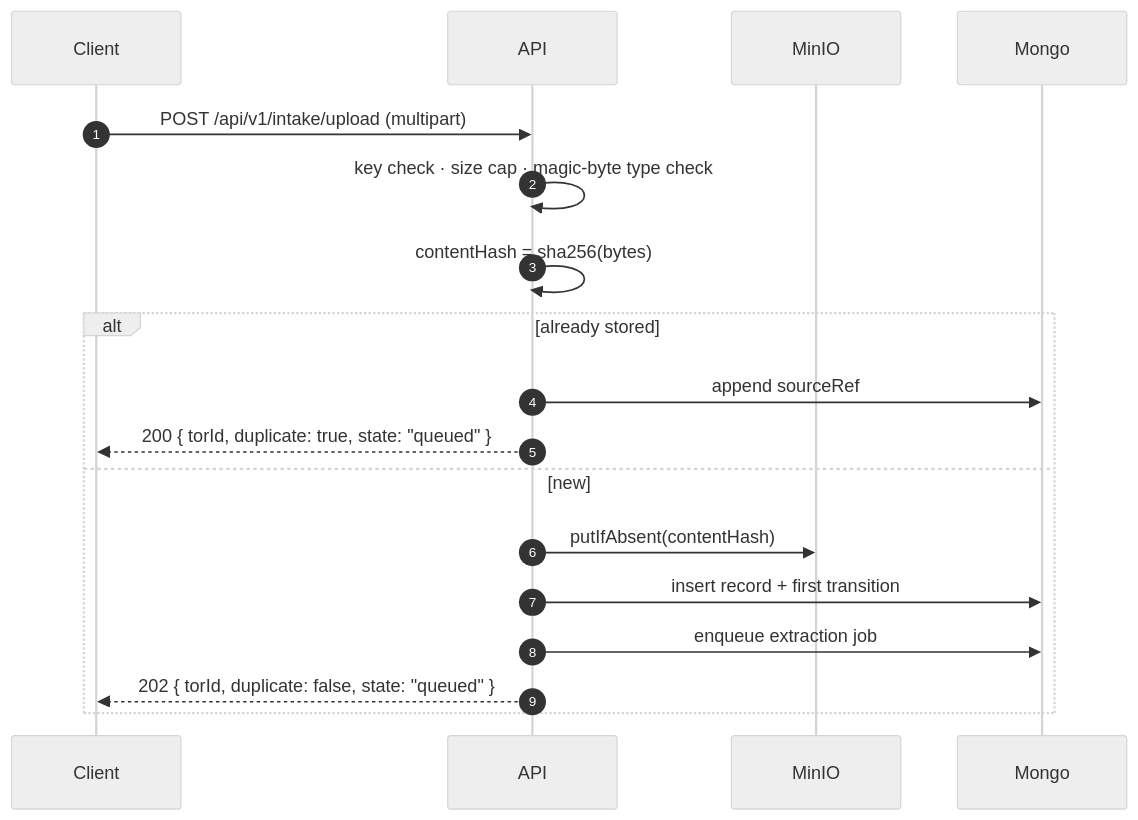
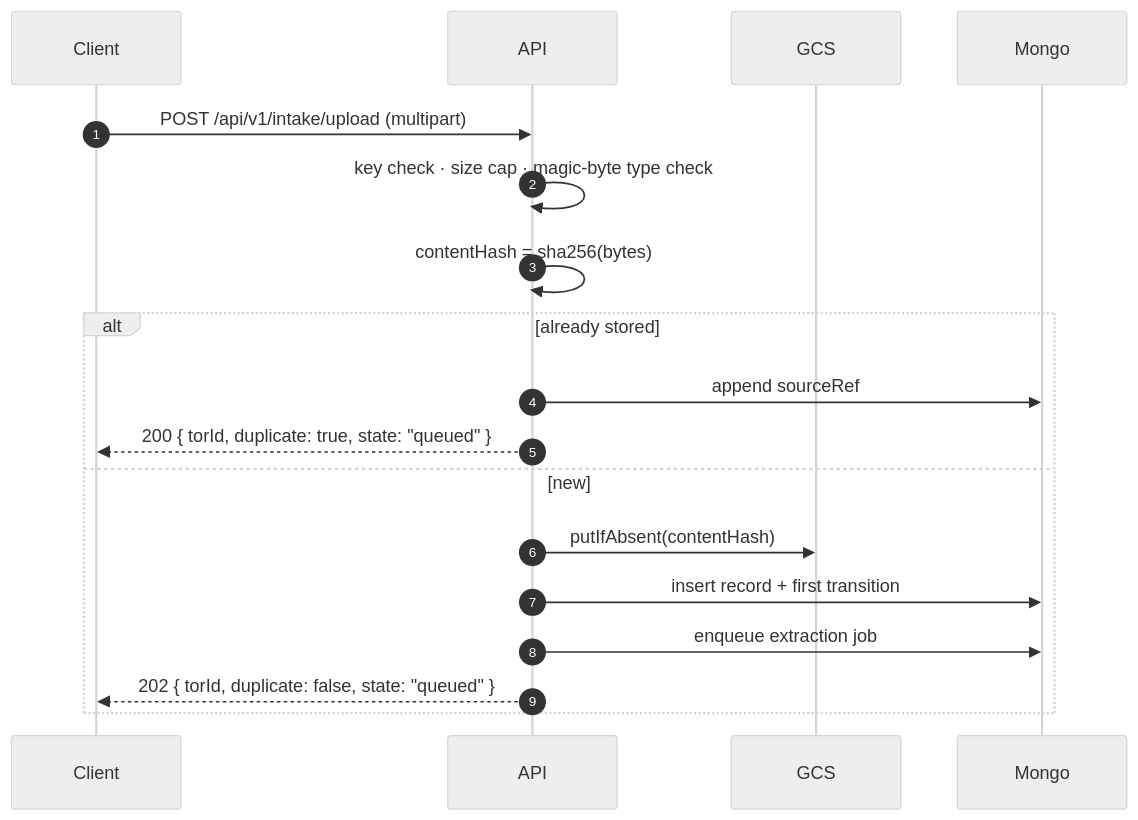
The second of 2 diagrams in docs/API.md (TORMomentum/Momentum), drawn with Mermaid (neutral theme) before and after one commit. The commit also changed other lines of this file and 3 other files, not shown here.

````diff
--- a/docs/API.md
+++ b/docs/API.md
@@ -116,21 +116,21 @@
 ```mermaid
 sequenceDiagram
     autonumber
     participant C as Client
     participant A as API
-    participant S as MinIO
+    participant S as GCS
     participant D as Mongo
 
     C->>A: POST /api/v1/intake/upload (multipart)
     A->>A: key check · size cap · magic-byte type check
     A->>A: contentHash = sha256(bytes)
     alt already stored
         A->>D: append sourceRef
         A-->>C: 200 { torId, duplicate: true, state: "queued" }
     else new
         A->>S: putIfAbsent(contentHash)
         A->>D: insert record + first transition
         A->>D: enqueue extraction job
         A-->>C: 202 { torId, duplicate: false, state: "queued" }
     end
 ```
````
